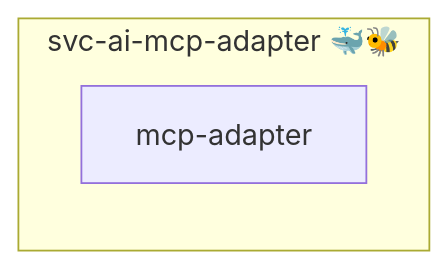
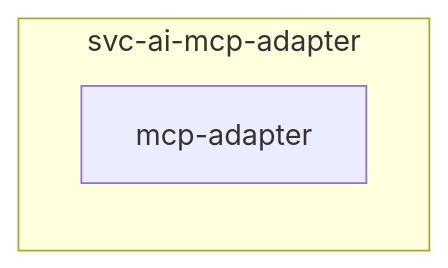
The diagram in roles/svc-ai-mcp-adapter/README.md (infinito-nexus/core), drawn with Mermaid before and after one commit. The commit also changed 2 other files, not shown here.

Commit message:
fix(mcp): opt the adapter out of the deploy matrix at the declared SPOT
The earlier attempt used meta/tests.yml, which the deploy-modes lint
records as replaced: it reached CI discovery but left get_role_skip
empty, so the roundtrip script, the swarm context and the deployment
lookup all still treated the adapter as a standalone application.

modes.<mode>.enabled is the SPOT, and the role has nothing to deploy on
its own: its vars read mcp.adapter.digest against the including
provider, which does not exist when the adapter itself is the
application, so its standalone job failed while rendering the template.

````diff
--- a/roles/svc-ai-mcp-adapter/README.md
+++ b/roles/svc-ai-mcp-adapter/README.md
@@ -15,6 +15,6 @@
 ```mermaid
 flowchart LR
-    subgraph role [svc-ai-mcp-adapter 🐳🐝]
+    subgraph role [svc-ai-mcp-adapter]
         svc_mcp_adapter["mcp-adapter"]
     end
 ```
````
